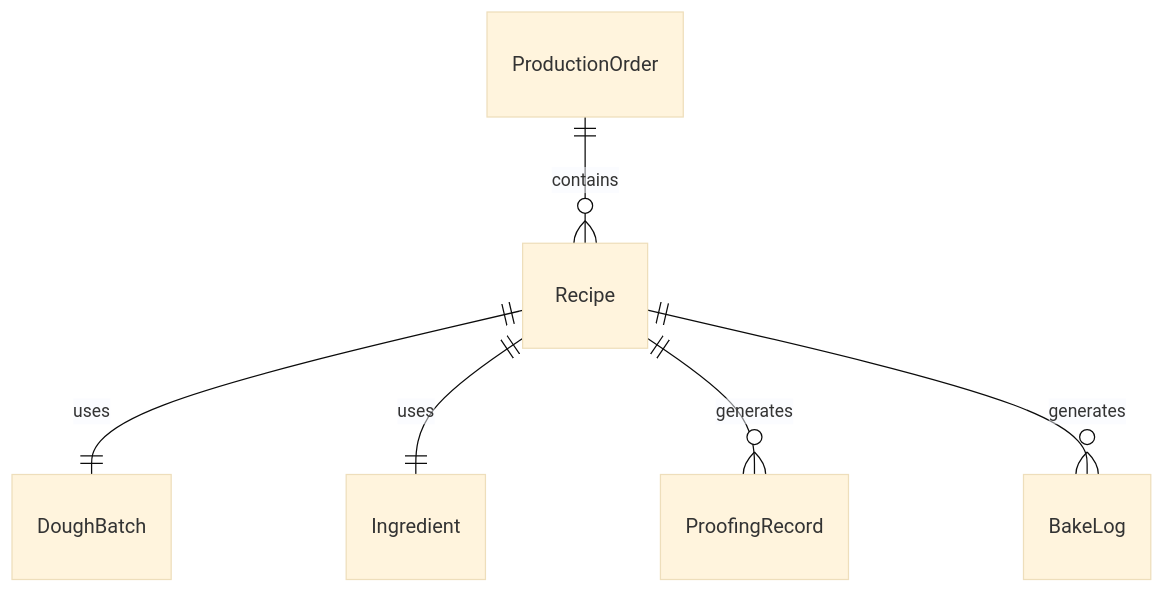
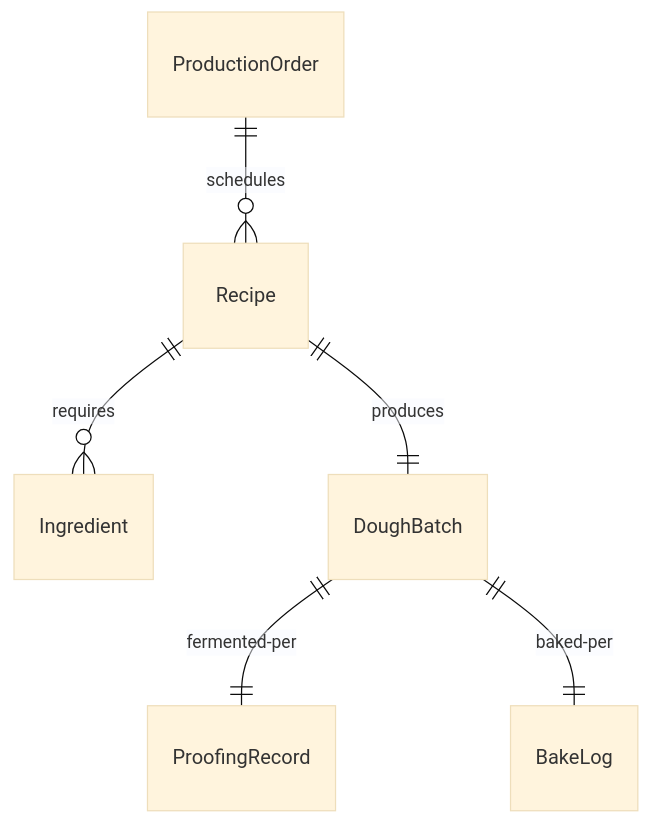
The first of 4 diagrams in HandlingAndMovingObjects/PrepareFoodsOrBeverages/PrepareBreadsDoughs.mdx (dot-org-ai/tasks.org.ai), drawn with Mermaid (base theme) before and after one commit. The commit also changed other lines of this file and 515 other files, not shown here.

````diff
--- a/HandlingAndMovingObjects/PrepareFoodsOrBeverages/PrepareBreadsDoughs.mdx
+++ b/HandlingAndMovingObjects/PrepareFoodsOrBeverages/PrepareBreadsDoughs.mdx
@@ -88,8 +88,8 @@
 ```mermaid
 erDiagram
-    Recipe ||--|| DoughBatch : "uses"
-    Recipe ||--|| Ingredient : "uses"
-    Recipe ||--o{ ProofingRecord : "generates"
-    Recipe ||--o{ BakeLog : "generates"
-    ProductionOrder ||--o{ Recipe : "contains"
+    ProductionOrder ||--o{ Recipe : "schedules"
+    Recipe ||--o{ Ingredient : "requires"
+    Recipe ||--|| DoughBatch : "produces"
+    DoughBatch ||--|| ProofingRecord : "fermented-per"
+    DoughBatch ||--|| BakeLog : "baked-per"
 ```
````
